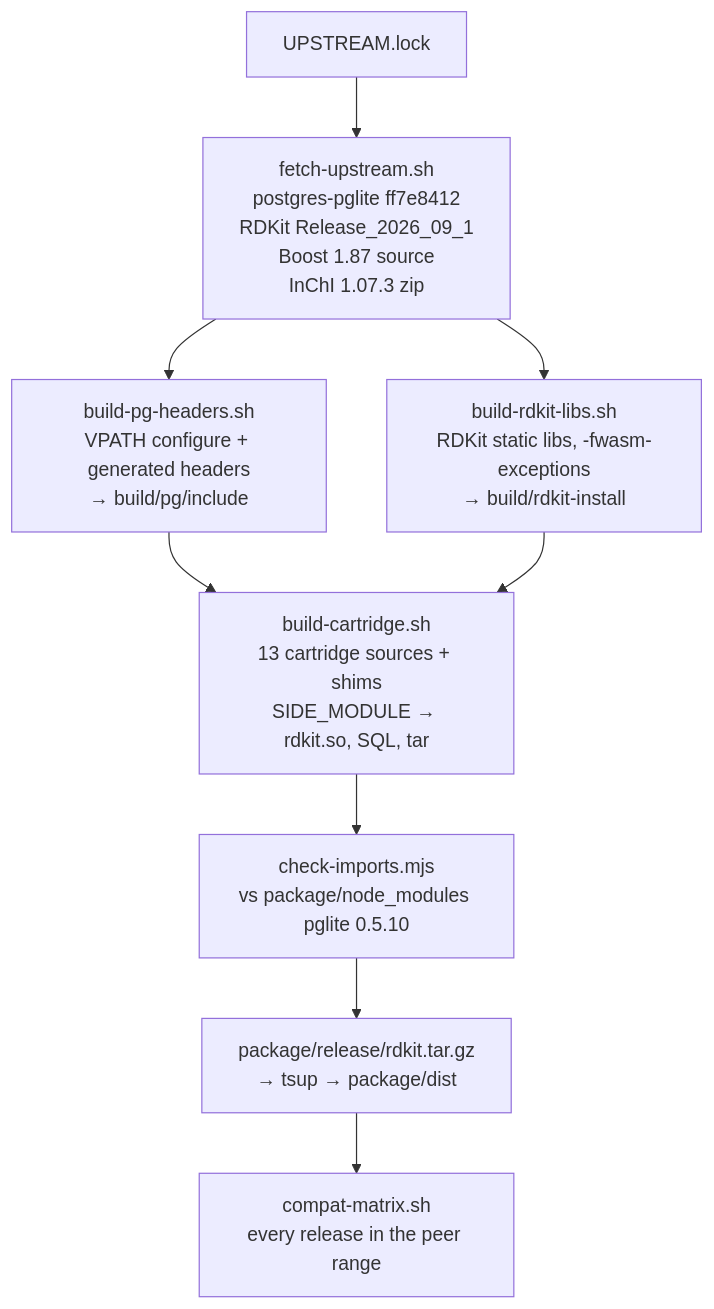
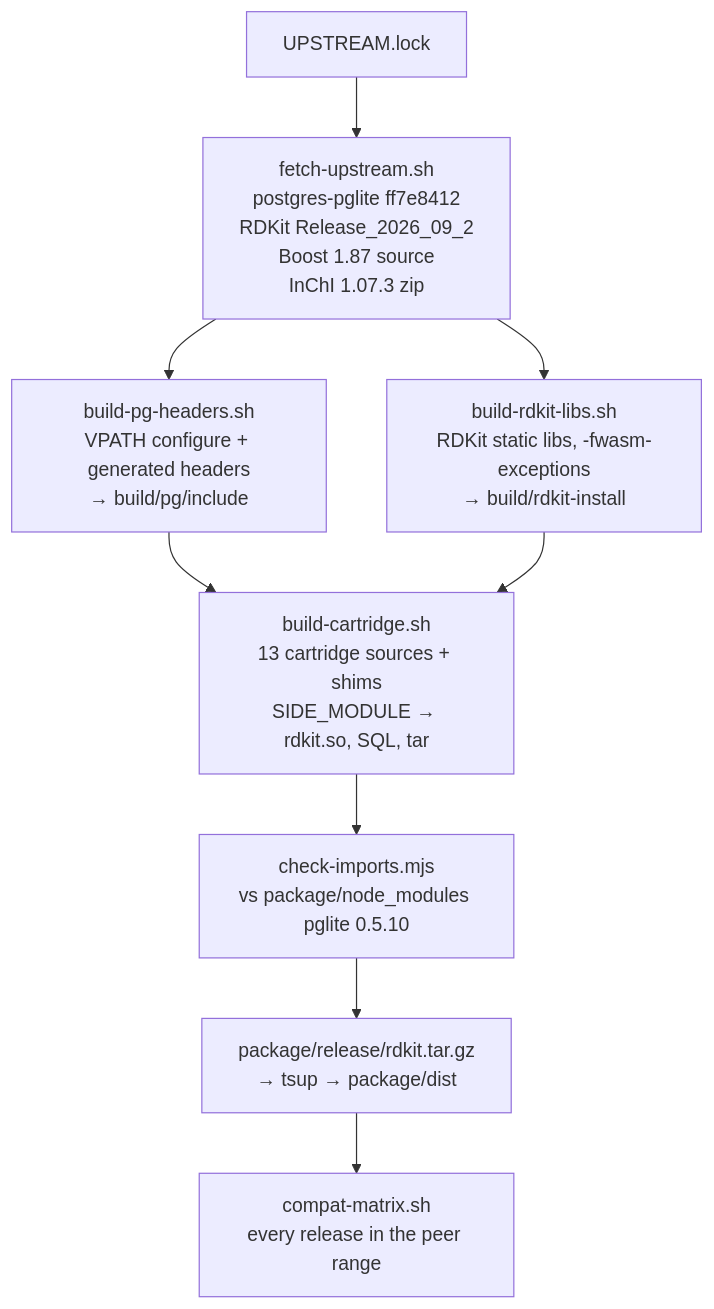
One commit to asiomchen/pglite-rdkit changed the second of 4 diagrams in ARCHITECTURE.md. Above: the diagram before and after it, drawn with Mermaid. The commit also changed other lines of this file and 10 other files, not shown here.

````diff
--- a/ARCHITECTURE.md
+++ b/ARCHITECTURE.md
@@ -79,11 +79,11 @@
 ```mermaid
 flowchart TD
-  L[UPSTREAM.lock] --> F[fetch-upstream.sh<br/>postgres-pglite ff7e8412<br/>RDKit Release_2026_09_1<br/>Boost 1.87 source<br/>InChI 1.07.3 zip]
+  L[UPSTREAM.lock] --> F[fetch-upstream.sh<br/>postgres-pglite ff7e8412<br/>RDKit Release_2026_09_2<br/>Boost 1.87 source<br/>InChI 1.07.3 zip]
   F --> H[build-pg-headers.sh<br/>VPATH configure + generated headers<br/>→ build/pg/include]
   F --> R[build-rdkit-libs.sh<br/>RDKit static libs, -fwasm-exceptions<br/>→ build/rdkit-install]
   H --> C[build-cartridge.sh<br/>13 cartridge sources + shims<br/>SIDE_MODULE → rdkit.so, SQL, tar]
   R --> C
   C --> K[check-imports.mjs<br/>vs package/node_modules pglite 0.5.10]
   K --> P[package/release/rdkit.tar.gz<br/>→ tsup → package/dist]
   P --> M[compat-matrix.sh<br/>every release in the peer range]
 ```
````
